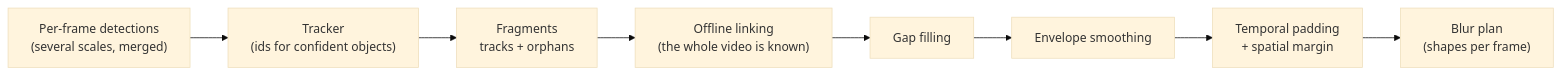
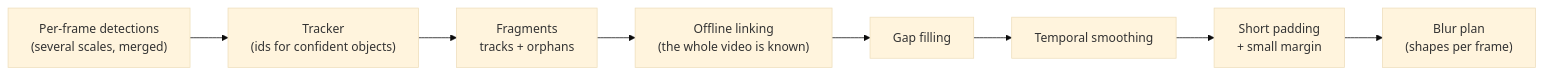
The diagram in docs/concepts/tracking.md (KylianAUBRY/SGBlur_Video), drawn with Mermaid (base theme) before and after one commit. The commit also changed other lines of this file and 33 other files, not shown here.

````diff
--- a/docs/concepts/tracking.md
+++ b/docs/concepts/tracking.md
@@ -8,10 +9,10 @@
 ```mermaid
 flowchart LR
     d["Per-frame detections<br/>(several scales, merged)"] --> t["Tracker<br/>(ids for confident objects)"]
     t --> f["Fragments<br/>tracks + orphans"]
     f --> l["Offline linking<br/>(the whole video is known)"]
     l --> g["Gap filling"]
-    g --> s["Envelope smoothing"]
-    s --> p["Temporal padding<br/>+ spatial margin"]
+    g --> s["Temporal smoothing"]
+    s --> p["Short padding<br/>+ small margin"]
     p --> b["Blur plan<br/>(shapes per frame)"]
 ```
````
